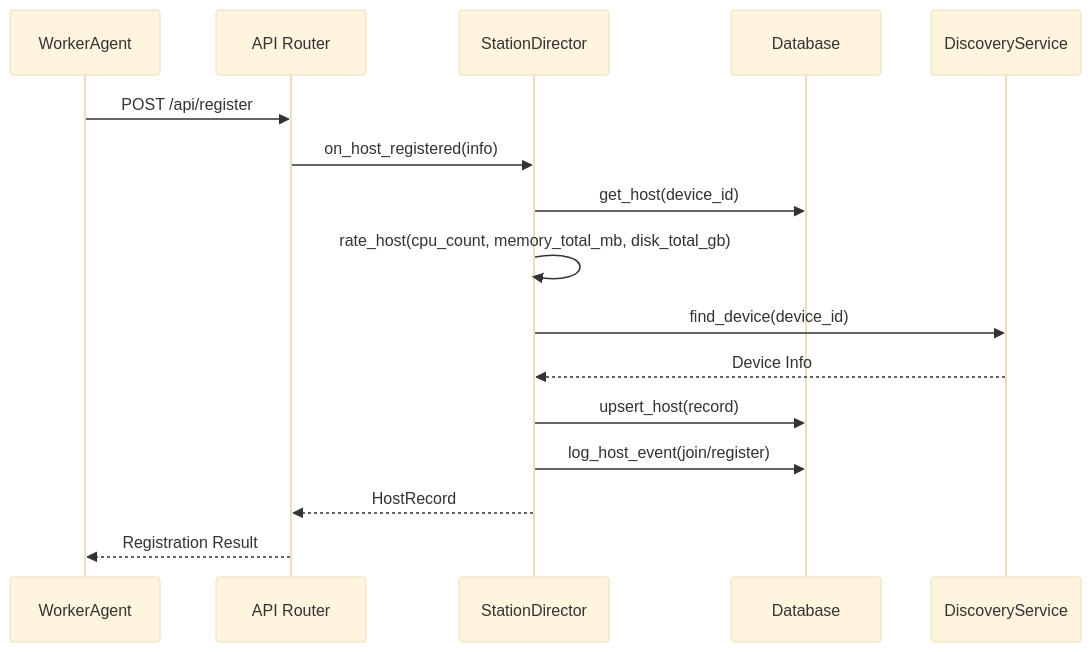
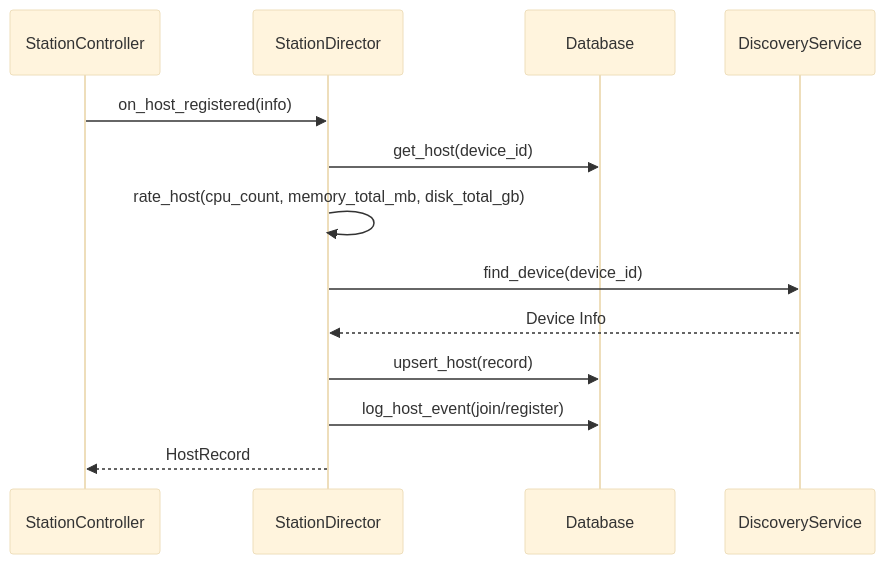
Before and after one commit to targalian/Personal-distributed-workstation: diagram 11 of 18 in .qoder/repowiki/zh/content/核心模块/设备发现系统.md, drawn with Mermaid (base theme). The commit also changed other lines of this file and 117 other files, not shown here.

````diff
--- a/.qoder/repowiki/zh/content/核心模块/设备发现系统.md
+++ b/.qoder/repowiki/zh/content/核心模块/设备发现系统.md
@@ -472,18 +589,15 @@
 ```mermaid
 sequenceDiagram
-participant Worker as WorkerAgent
-participant API as API Router
+participant SC as StationController
 participant SD as StationDirector
 participant DB as Database
 participant DR as DiscoveryService
-Worker->>API : POST /api/register
-API->>SD : on_host_registered(info)
+SC->>SD : on_host_registered(info)
 SD->>DB : get_host(device_id)
 SD->>SD : rate_host(cpu_count, memory_total_mb, disk_total_gb)
 SD->>DR : find_device(device_id)
 DR-->>SD : Device Info
 SD->>DB : upsert_host(record)
 SD->>DB : log_host_event(join/register)
-SD-->>API : HostRecord
-API-->>Worker : Registration Result
+SD-->>SC : HostRecord
 ```
````
